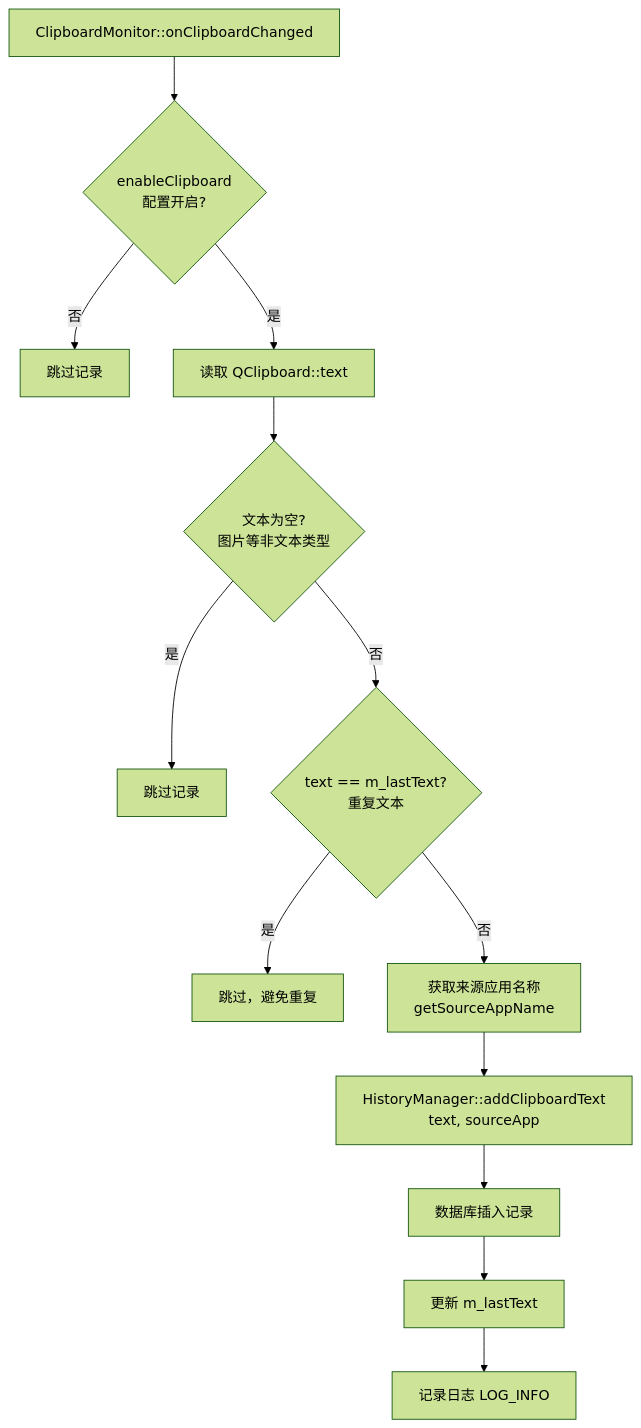
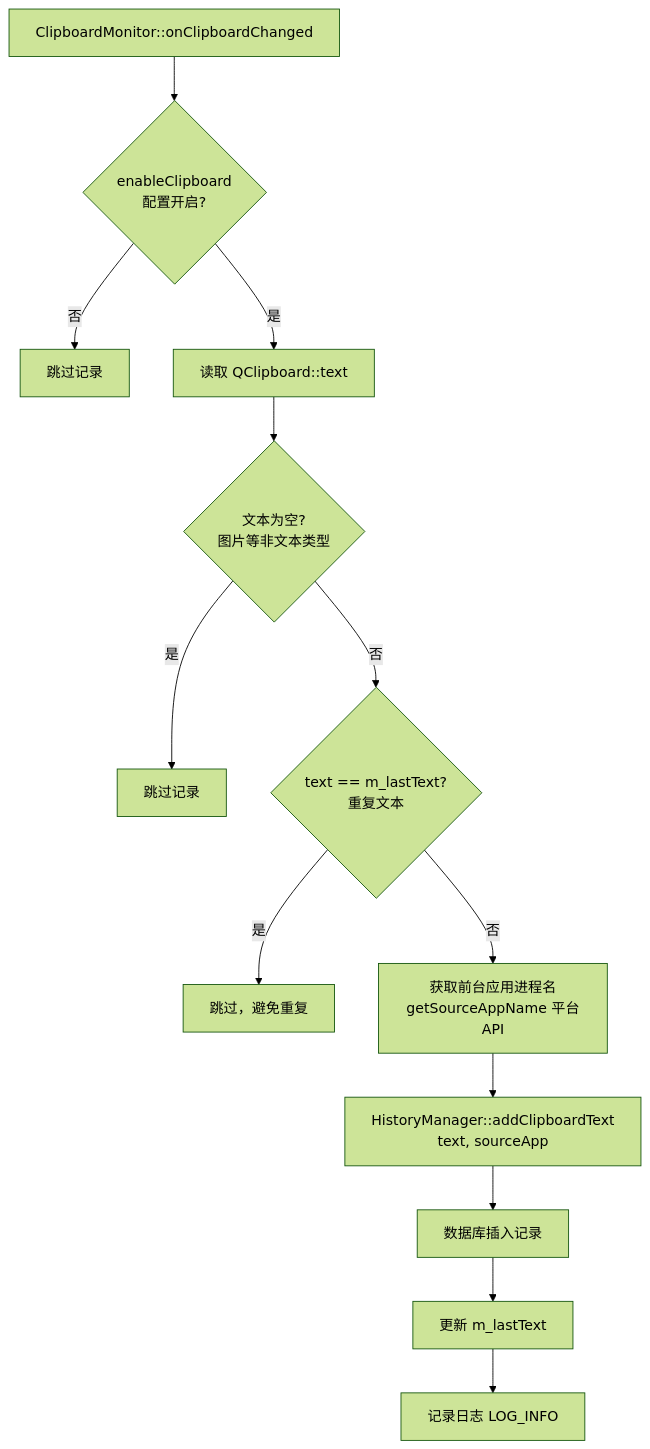
Before and after one commit to ChiangyangNPU/quick-shot: the fourth of 6 diagrams in docs/history-feature.md, drawn with Mermaid (forest theme). The commit also changed other lines of this file and 2 other files, not shown here.

Commit message:
fix(history): 剪贴板来源应用记录改为真实前台应用——原 getSourceAppName 取 QApplication::activeWindow()（即本应用窗口，剪贴板变化多来自其他应用时本应用通常无活动窗口），记录值基本无意义；现按平台取前台应用显示名：Windows GetForegroundWindow+QueryFullProcessImageName 取镜像文件名，macOS 经 ObjC runtime 消息发送取 NSWorkspace.frontmostApplication.localizedName（纯 .cpp 不引 AppKit 头，与 SnipScreen 同惯用法），Linux 无低成本 Qt API 暂回退本应用名；取不到时统一回退应用名。真机验证：激活应用触发捕获后 DB source_app=QuickShot（捕获瞬间真实前台），NSWorkspace 链路端到端可用；Windows 路径由 CI 编译覆盖

````diff
--- a/docs/history-feature.md
+++ b/docs/history-feature.md
@@ -618,15 +618,15 @@
 ```mermaid
 flowchart TD
     A[ClipboardMonitor::onClipboardChanged] --> B{enableClipboard<br/>配置开启?}
     B -->|否| End1[跳过记录]
     B -->|是| C[读取 QClipboard::text]
     C --> D{文本为空?<br/>图片等非文本类型}
     D -->|是| End2[跳过记录]
     D -->|否| E{text == m_lastText?<br/>重复文本}
     E -->|是| End3[跳过，避免重复]
-    E -->|否| F[获取来源应用名称<br/>getSourceAppName]
+    E -->|否| F[获取前台应用进程名<br/>getSourceAppName 平台API]
     F --> G[HistoryManager::addClipboardText<br/>text, sourceApp]
     G --> H[数据库插入记录]
     H --> I[更新 m_lastText]
     I --> J[记录日志 LOG_INFO]
 ```
````
